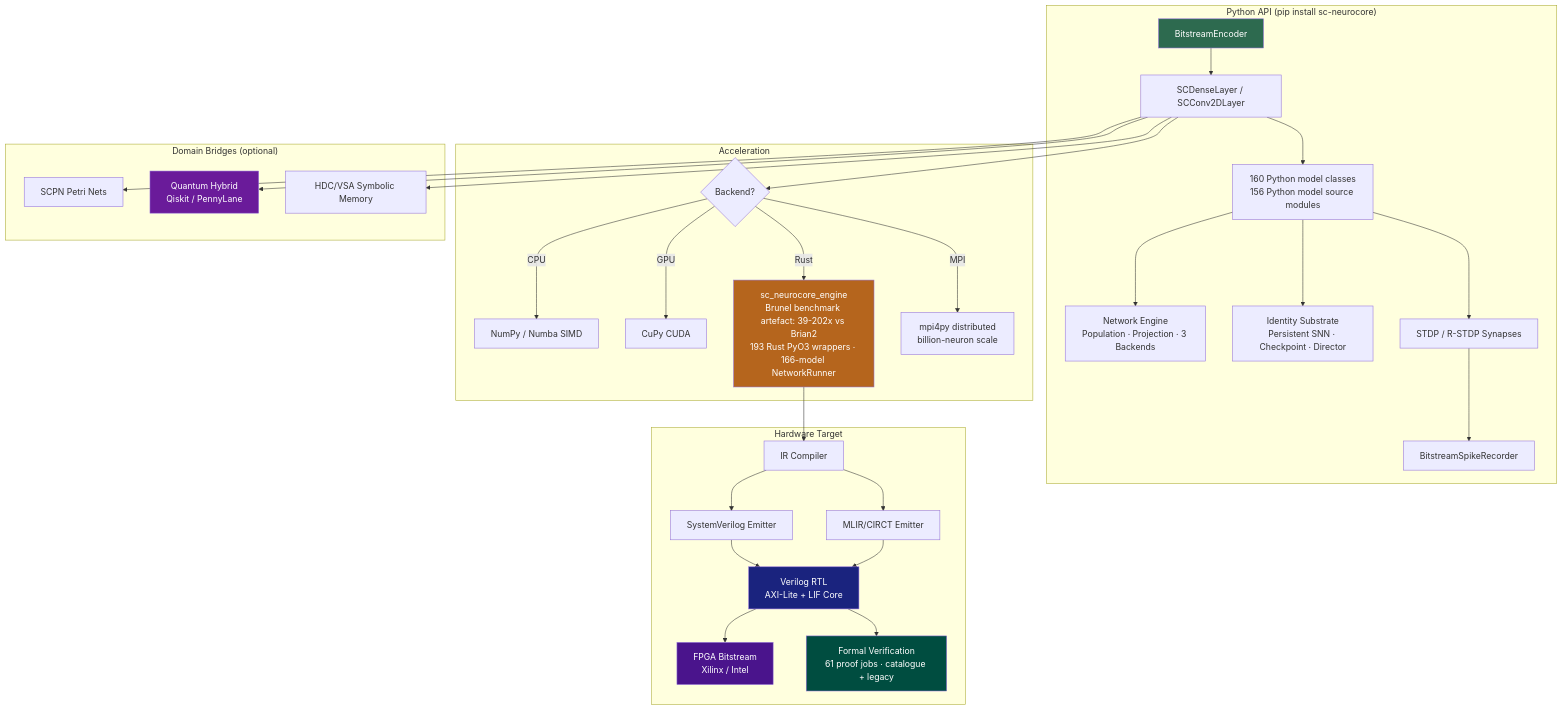
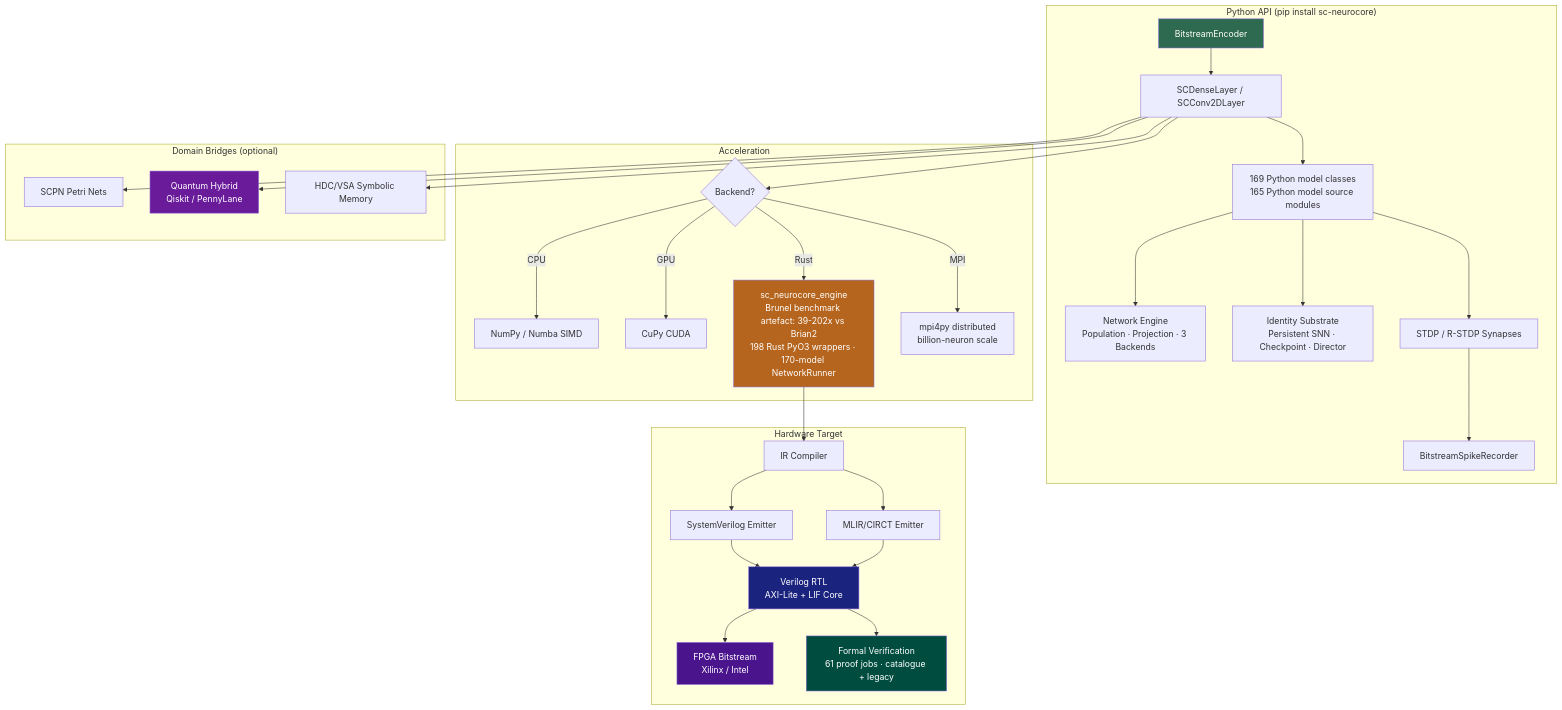
The diagram in README.md (anulum/sc-neurocore), drawn with Mermaid before and after one commit. The commit also changed other lines of this file and 127 other files, not shown here.

````diff
--- a/README.md
+++ b/README.md
@@ -374,42 +374,42 @@
 ```mermaid
 graph TD
     subgraph "Python API (pip install sc-neurocore)"
         A[BitstreamEncoder] --> B[SCDenseLayer / SCConv2DLayer]
-        B --> C[160 Python model classes<br/>156 Python model source modules]
+        B --> C[169 Python model classes<br/>165 Python model source modules]
         C --> NET[Network Engine<br/>Population · Projection · 3 Backends]
         C --> ID[Identity Substrate<br/>Persistent SNN · Checkpoint · Director]
         C --> D[STDP / R-STDP Synapses]
         D --> E[BitstreamSpikeRecorder]
     end
 
     subgraph "Acceleration"
         B --> F{Backend?}
         F -->|CPU| G[NumPy / Numba SIMD]
         F -->|GPU| H[CuPy CUDA]
-        F -->|Rust| I[sc_neurocore_engine<br/>Brunel benchmark artefact: 39-202x vs Brian2<br/>193 Rust PyO3 wrappers · 166-model NetworkRunner]
+        F -->|Rust| I[sc_neurocore_engine<br/>Brunel benchmark artefact: 39-202x vs Brian2<br/>198 Rust PyO3 wrappers · 170-model NetworkRunner]
         F -->|MPI| MPI[mpi4py distributed<br/>billion-neuron scale]
     end
 
     subgraph "Hardware Target"
         I --> J[IR Compiler]
         J --> K[SystemVerilog Emitter]
         J --> K2[MLIR/CIRCT Emitter]
         K --> L[Verilog RTL<br/>AXI-Lite + LIF Core]
         K2 --> L
         L --> M[FPGA Bitstream<br/>Xilinx / Intel]
         L --> V[Formal Verification<br/>61 proof jobs · catalogue + legacy]
     end
 
     subgraph "Domain Bridges (optional)"
         B --> N[SCPN Petri Nets]
         B --> O[Quantum Hybrid<br/>Qiskit / PennyLane]
         B --> P[HDC/VSA Symbolic Memory]
     end
 
     style A fill:#2d6a4f,color:#fff
     style I fill:#b5651d,color:#fff
     style L fill:#1a237e,color:#fff
     style M fill:#4a148c,color:#fff
     style O fill:#6a1b9a,color:#fff
     style V fill:#004d40,color:#fff
 ```
````
